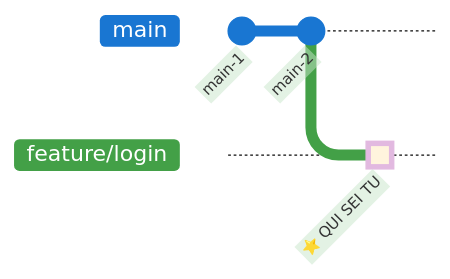
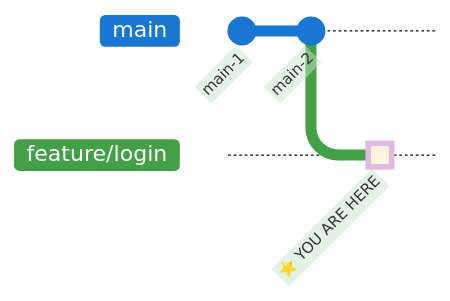
One commit to DaveFV91/GitCourse changed the third of 7 diagrams in 02-esercitazioni/02-branches/guida.md. Above: the diagram before and after it, drawn with Mermaid. The commit also changed other lines of this file and 1 other file, not shown here.

````diff
--- a/02-esercitazioni/02-branches/guida.md
+++ b/02-esercitazioni/02-branches/guida.md
@@ -76,8 +90,8 @@
 ```mermaid
 %%{init: {'theme': 'base', 'gitGraph': {'mainBranchName': 'main', 'showCommitLabel': true}, 'themeVariables': { 'git0': '#1976D2', 'git1': '#43A047', 'gitBranchLabel0': '#fff', 'gitBranchLabel1': '#fff', 'commitLabelColor': '#333', 'commitLabelBackground': '#C8E6C9', 'commitLabelFontSize': '11px'}}}%%
 gitGraph
     commit id: "main-1"
     commit id: "main-2"
     branch feature/login
-    commit id: "⭐ QUI SEI TU" type: HIGHLIGHT
+    commit id: "⭐ YOU ARE HERE" type: HIGHLIGHT
 ```
````
